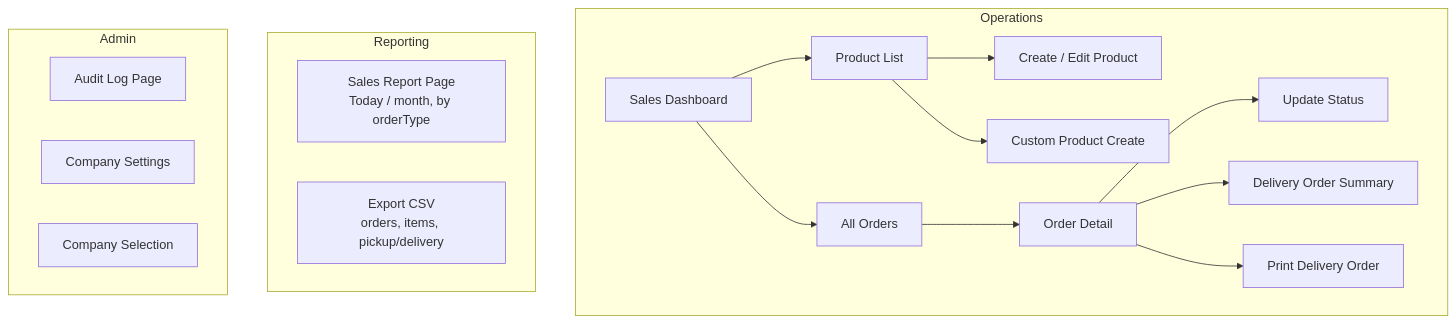
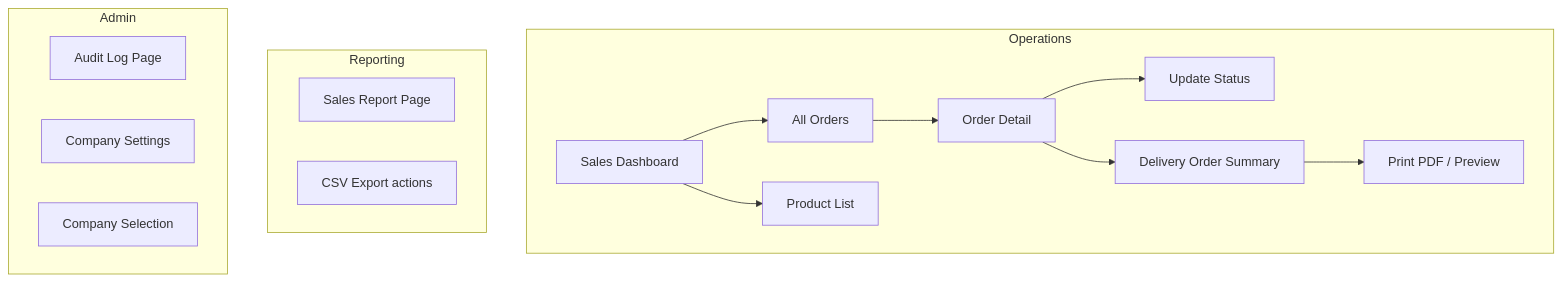
One commit to kahliantoo-rgb/tfg_vday changed the ninth of 10 diagrams in docs/WORKFLOW.md. Above: the diagram before and after it, drawn with Mermaid. The commit also changed other lines of this file and 13 other files, not shown here.

````diff
--- a/docs/WORKFLOW.md
+++ b/docs/WORKFLOW.md
@@ -178,24 +256,22 @@
 ```mermaid
 flowchart TB
     subgraph Operations
         A[Sales Dashboard] --> B[All Orders]
         A --> C[Product List]
-        C --> D[Create / Edit Product]
-        C --> E[Custom Product Create]
-        B --> F[Order Detail]
-        F --> G[Update Status]
-        F --> H[Delivery Order Summary]
-        F --> I[Print Delivery Order]
+        B --> D[Order Detail]
+        D --> E[Update Status]
+        D --> F[Delivery Order Summary]
+        F --> G[Print PDF / Preview]
     end
 
     subgraph Reporting
-        J[Sales Report Page<br/>Today / month, by orderType]
-        K[Export CSV<br/>orders, items, pickup/delivery]
+        H[Sales Report Page]
+        I[CSV Export actions]
     end
 
     subgraph Admin
-        L[Audit Log Page]
-        M[Company Settings]
-        N[Company Selection]
+        J[Audit Log Page]
+        K[Company Settings]
+        L[Company Selection]
     end
 ```
````
